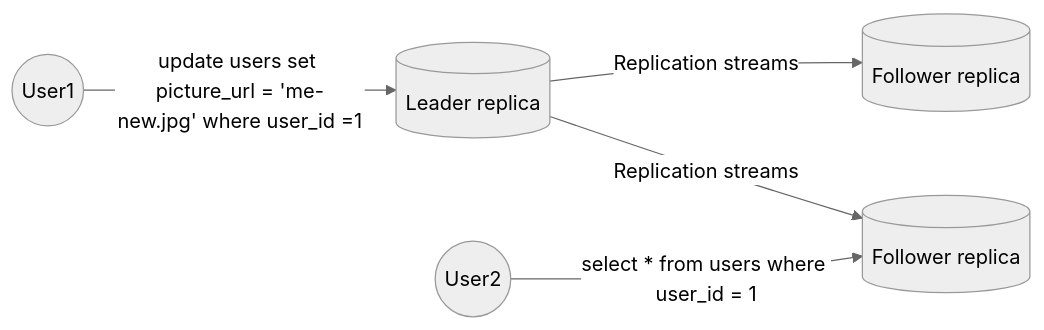
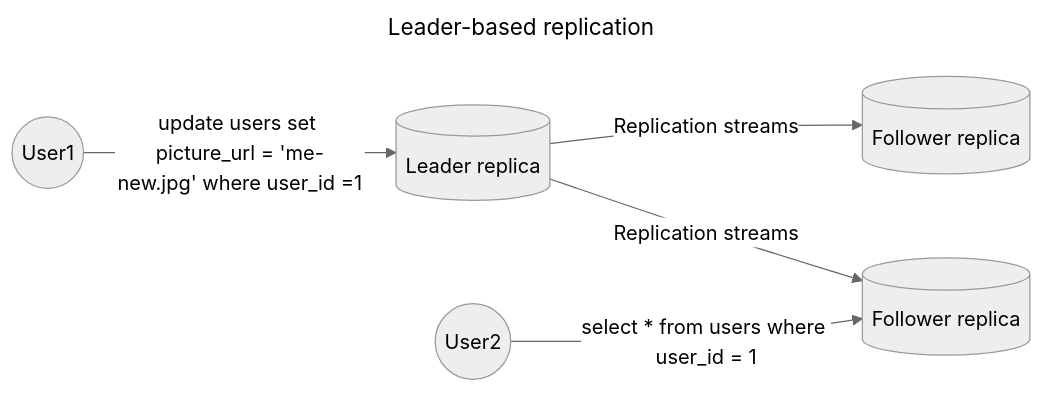
Before and after one commit to kyungrae/study: the first of 10 diagrams in designing-data-intensive-applications/part2.md, drawn with Mermaid (neutral theme). The commit also changed other lines of this file and 4 other files, not shown here.

````diff
--- a/designing-data-intensive-applications/part2.md
+++ b/designing-data-intensive-applications/part2.md
@@ -27,11 +27,14 @@
 ```mermaid
+---
+title: Leader-based replication
+---
 flowchart LR
   user1@{ shape: circle, label: "User1" }
   leader@{ shape: cyl, label: "Leader replica" }
   follower1@{ shape: cyl, label: "Follower replica" }
   follower2@{ shape: cyl, label: "Follower replica" }
   user2@{ shape: circle, label: "User2" }
   user1 -- update users set picture_url = 'me-new.jpg' where user_id =1 --> leader
   leader -- Replication streams --> follower1 & follower2
   user2 -- select * from users where user_id = 1 --> follower2
 ```
````
